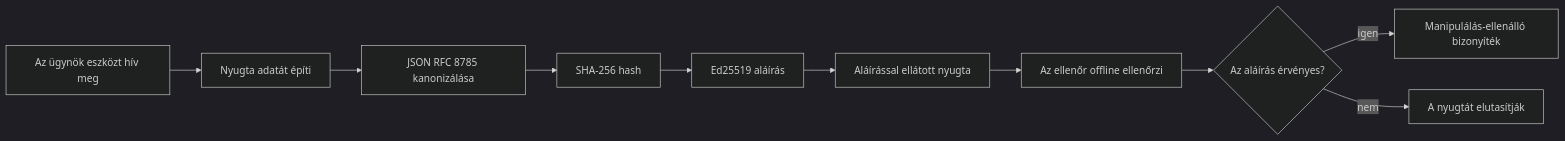
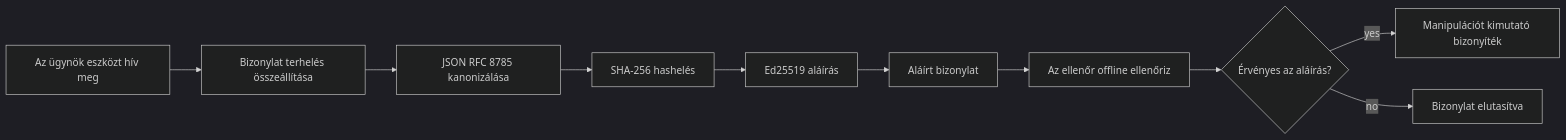
One commit to microsoft/ai-agents-for-beginners changed the first of 2 diagrams in translations/hu/18-securing-ai-agents/README.md. Above: the diagram before and after it, drawn with Mermaid (dark theme). The commit also changed other lines of this file and 222 other files, not shown here.

````diff
--- a/translations/hu/18-securing-ai-agents/README.md
+++ b/translations/hu/18-securing-ai-agents/README.md
@@ -51,12 +51,12 @@
 ```mermaid
 flowchart LR
-    A[Az ügynök eszközt hív meg] --> B[Nyugta adatát építi]
+    A[Az ügynök eszközt hív meg] --> B[Bizonylat terhelés összeállítása]
     B --> C[JSON RFC 8785 kanonizálása]
-    C --> D[SHA-256 hash]
+    C --> D[SHA-256 hashelés]
     D --> E[Ed25519 aláírás]
-    E --> F[Aláírással ellátott nyugta]
-    F --> G[Az ellenőr offline ellenőrzi]
-    G --> H{Az aláírás érvényes?}
-    H -- igen --> I[Manipulálás-ellenálló bizonyíték]
-    H -- nem --> J[A nyugtát elutasítják]
+    E --> F[Aláírt bizonylat]
+    F --> G[Az ellenőr offline ellenőriz]
+    G --> H{Érvényes az aláírás?}
+    H -- yes --> I[Manipulációt kimutató bizonyíték]
+    H -- no --> J[Bizonylat elutasítva]
 ```
````
